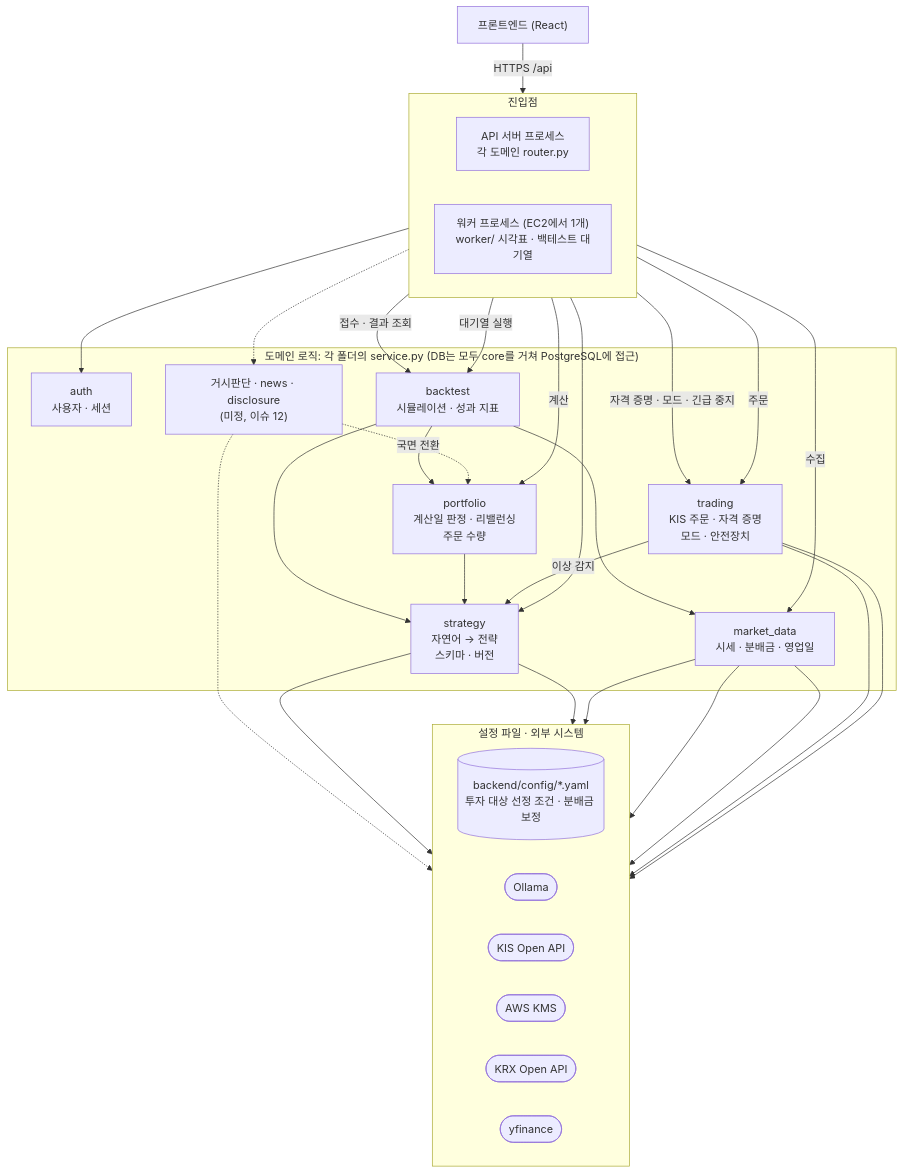
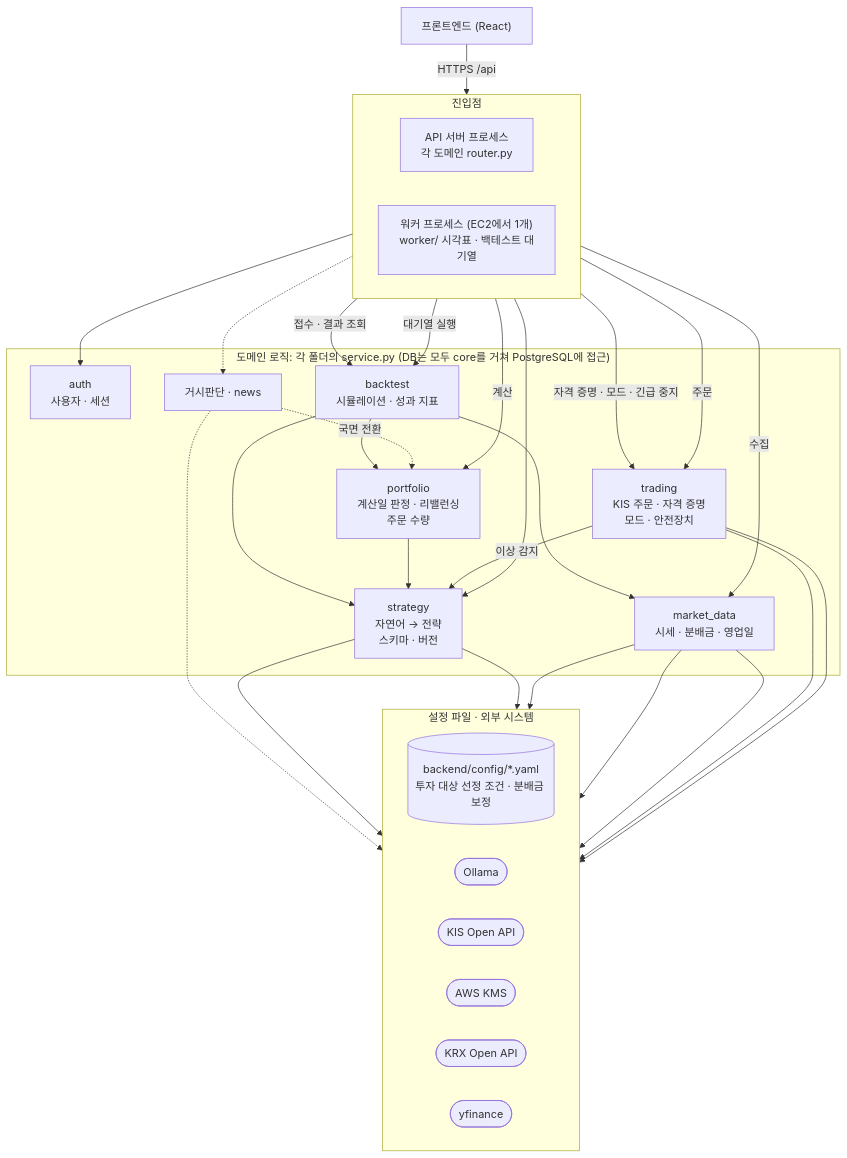
The first of 3 diagrams in docs/architecture.md (tukorea-capston-project/etf-rebalancing), drawn with Mermaid before and after one commit. The commit also changed other lines of this file and 22 other files, not shown here.

````diff
--- a/docs/architecture.md
+++ b/docs/architecture.md
@@ -85,57 +85,57 @@
 ```mermaid
 flowchart TB
     FE["프론트엔드 (React)"] -->|"HTTPS /api"| routers
 
     subgraph ENTRY["진입점"]
         direction LR
         routers["API 서버 프로세스<br/>각 도메인 router.py"]
         worker["워커 프로세스 (EC2에서 1개)<br/>worker/ 시각표 · 백테스트 대기열"]
     end
 
     subgraph DOM["도메인 로직: 각 폴더의 service.py (DB는 모두 core를 거쳐 PostgreSQL에 접근)"]
         auth["auth<br/>사용자 · 세션"]
         backtest["backtest<br/>시뮬레이션 · 성과 지표"]
         trading["trading<br/>KIS 주문 · 자격 증명<br/>모드 · 안전장치"]
         market["market_data<br/>시세 · 분배금 · 영업일"]
-        macro["거시판단 · news · disclosure<br/>(미정, 이슈 12)"]
+        macro["거시판단 · news"]
         portfolio["portfolio<br/>계산일 판정 · 리밸런싱<br/>주문 수량"]
         strategy["strategy<br/>자연어 → 전략<br/>스키마 · 버전"]
     end
 
     subgraph EXT["설정 파일 · 외부 시스템"]
         direction LR
         cfg[("backend/config/*.yaml<br/>투자 대상 선정 조건 · 분배금 보정")]
         ollama(["Ollama"])
         kis(["KIS Open API"])
         kms(["AWS KMS"])
         krx(["KRX Open API"])
         yf(["yfinance"])
     end
 
     routers --> auth
     routers --> strategy
     routers -->|"접수 · 결과 조회"| backtest
     routers -->|"자격 증명 · 모드 · 긴급 중지"| trading
 
     worker -->|"수집"| market
     worker -->|"계산"| portfolio
     worker -->|"주문"| trading
     worker -->|"대기열 실행"| backtest
     worker -.-> macro
 
     backtest --> portfolio
     backtest --> market
     backtest --> strategy
     portfolio --> strategy
     trading -->|"이상 감지"| strategy
     macro -.->|"국면 전환"| portfolio
     macro -.-> ollama
 
     strategy --> ollama
     strategy --> cfg
     market --> cfg
     market --> krx
     market --> yf
     trading --> kis
     trading --> kms
 ```
````
